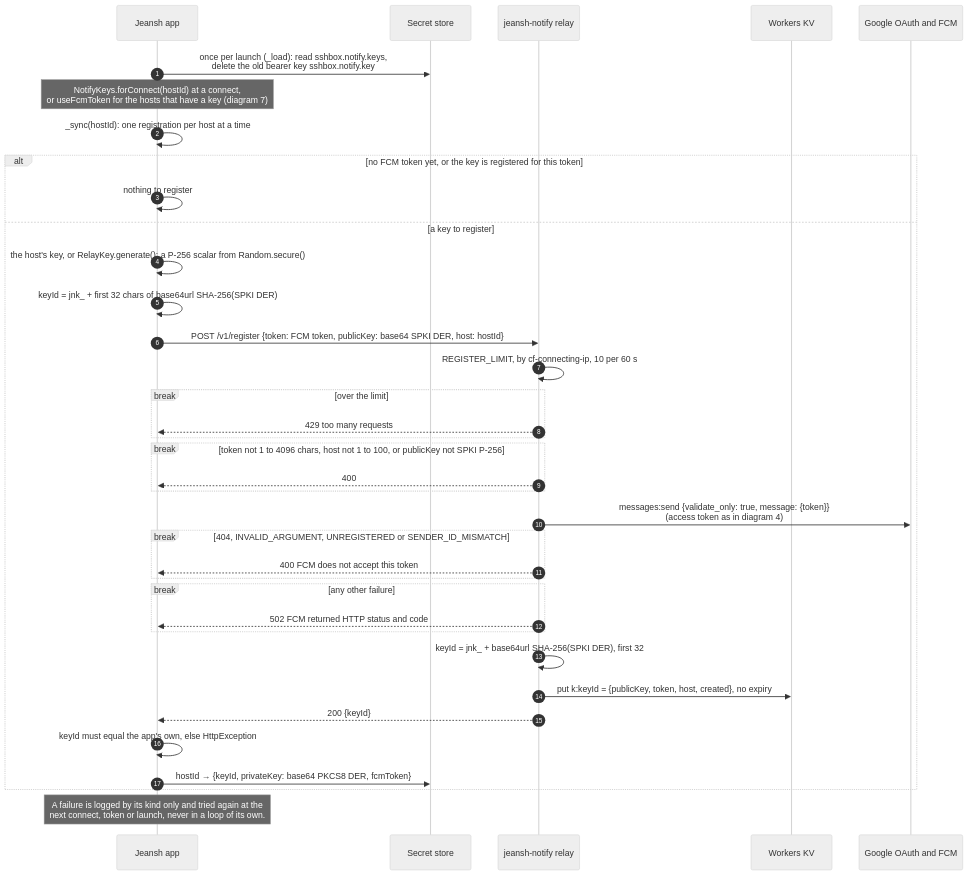
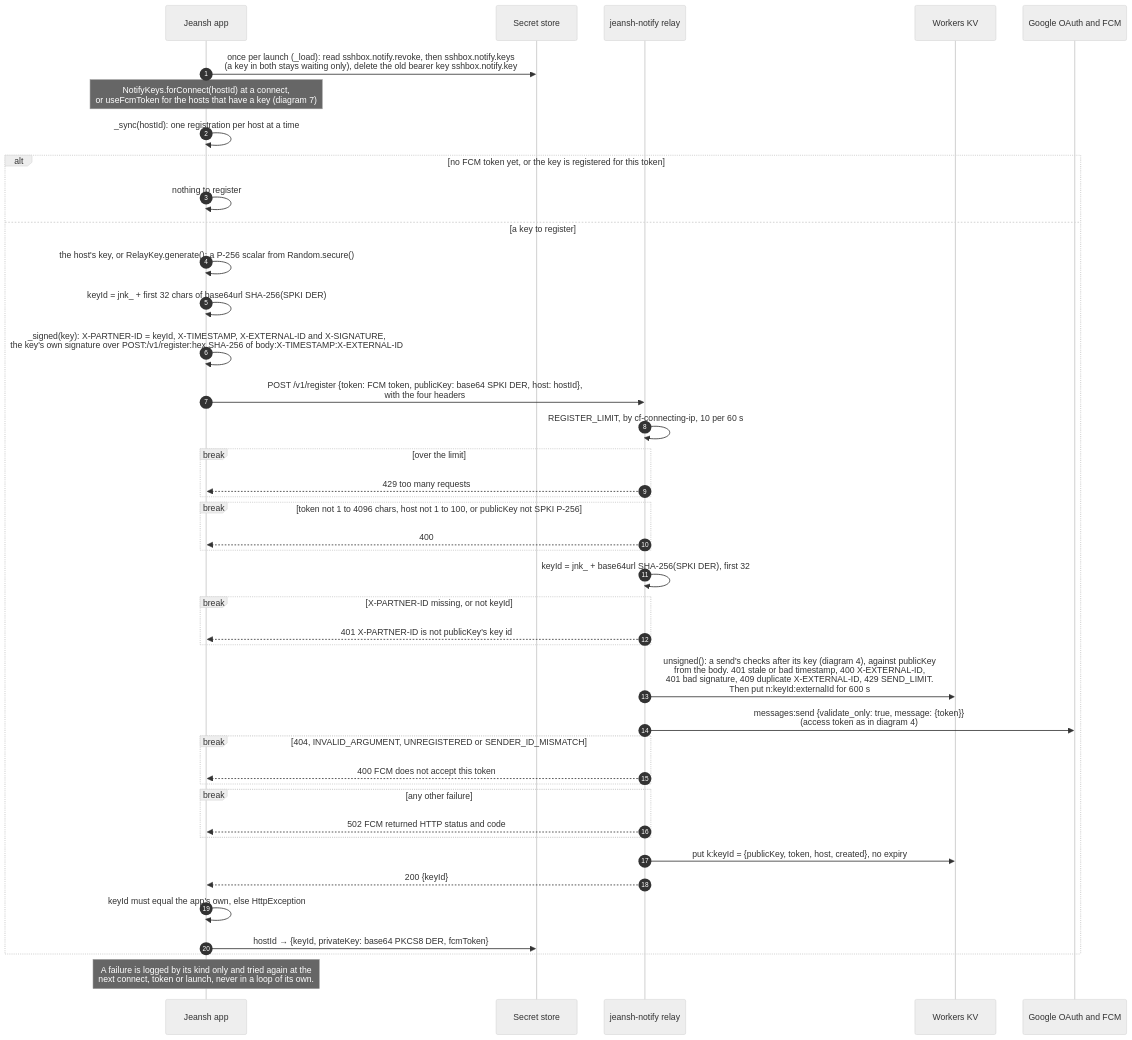
The second of 8 diagrams in docs/notification-architecture.md (triasbrata/sshbox), drawn with Mermaid (neutral theme) before and after one commit. The commit also changed other lines of this file and 7 other files, not shown here.

First line of the commit message:
Notifications can't reach the wrong phone: signed register, reliable revoke

````diff
--- a/docs/notification-architecture.md
+++ b/docs/notification-architecture.md
@@ -66,40 +68,45 @@
 ```mermaid
 sequenceDiagram
   autonumber
   participant App as Jeansh app
   participant Store as Secret store
   participant Relay as jeansh-notify relay
   participant KV as Workers KV
   participant FCM as Google OAuth and FCM
 
-  App->>Store: once per launch (_load): read sshbox.notify.keys,<br/>delete the old bearer key sshbox.notify.key
+  App->>Store: once per launch (_load): read sshbox.notify.revoke, then sshbox.notify.keys<br/>(a key in both stays waiting only), delete the old bearer key sshbox.notify.key
   Note over App: NotifyKeys.forConnect(hostId) at a connect,<br/>or useFcmToken for the hosts that have a key (diagram 7)
   App->>App: _sync(hostId): one registration per host at a time
   alt no FCM token yet, or the key is registered for this token
     App->>App: nothing to register
   else a key to register
     App->>App: the host's key, or RelayKey.generate(): a P-256 scalar from Random.secure()
     App->>App: keyId = jnk_ + first 32 chars of base64url SHA-256(SPKI DER)
-    App->>Relay: POST /v1/register {token: FCM token, publicKey: base64 SPKI DER, host: hostId}
+    App->>App: _signed(key): X-PARTNER-ID = keyId, X-TIMESTAMP, X-EXTERNAL-ID and X-SIGNATURE,<br/>the key's own signature over POST:/v1/register:hex SHA-256 of body:X-TIMESTAMP:X-EXTERNAL-ID
+    App->>Relay: POST /v1/register {token: FCM token, publicKey: base64 SPKI DER, host: hostId},<br/>with the four headers
     Relay->>Relay: REGISTER_LIMIT, by cf-connecting-ip, 10 per 60 s
     break over the limit
       Relay-->>App: 429 too many requests
     end
     break token not 1 to 4096 chars, host not 1 to 100, or publicKey not SPKI P-256
       Relay-->>App: 400
     end
+    Relay->>Relay: keyId = jnk_ + base64url SHA-256(SPKI DER), first 32
+    break X-PARTNER-ID missing, or not keyId
+      Relay-->>App: 401 X-PARTNER-ID is not publicKey's key id
+    end
+    Relay->>KV: unsigned(): a send's checks after its key (diagram 4), against publicKey<br/>from the body. 401 stale or bad timestamp, 400 X-EXTERNAL-ID,<br/>401 bad signature, 409 duplicate X-EXTERNAL-ID, 429 SEND_LIMIT.<br/>Then put n:keyId:externalId for 600 s
     Relay->>FCM: messages:send {validate_only: true, message: {token}}<br/>(access token as in diagram 4)
     break 404, INVALID_ARGUMENT, UNREGISTERED or SENDER_ID_MISMATCH
       Relay-->>App: 400 FCM does not accept this token
     end
     break any other failure
       Relay-->>App: 502 FCM returned HTTP status and code
     end
-    Relay->>Relay: keyId = jnk_ + base64url SHA-256(SPKI DER), first 32
     Relay->>KV: put k:keyId = {publicKey, token, host, created}, no expiry
     Relay-->>App: 200 {keyId}
     App->>App: keyId must equal the app's own, else HttpException
     App->>Store: hostId → {keyId, privateKey: base64 PKCS8 DER, fcmToken}
   end
   Note over App: A failure is logged by its kind only and tried again at the<br/>next connect, token or launch, never in a loop of its own.
 ```
````
